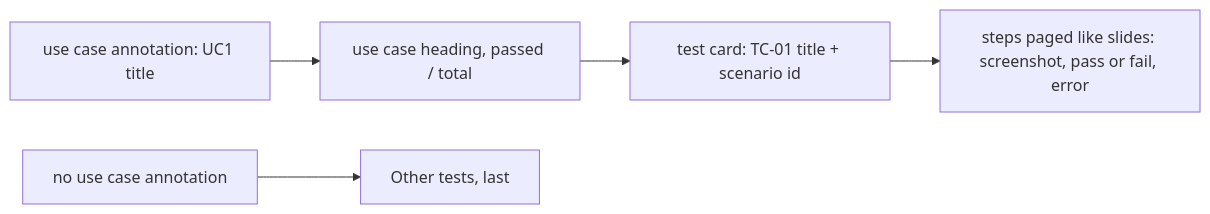
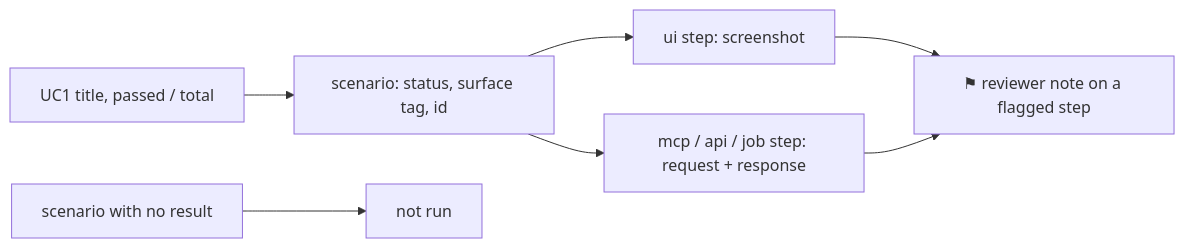
One commit to naphatwx/naphatwx-tools changed the third of 3 diagrams in plugins/naphatwx-tools/skills/e2e-test/README.md. Above: the diagram before and after it, drawn with Mermaid. The commit also changed other lines of this file and 66 other files, not shown here.

````diff
--- a/plugins/naphatwx-tools/skills/e2e-test/README.md
+++ b/plugins/naphatwx-tools/skills/e2e-test/README.md
@@ -61,7 +78,9 @@
 ```mermaid
 graph LR
-    A["use case annotation: UC1 title"] --> U[use case heading, passed / total]
-    U --> T["test card: TC-01 title + scenario id"]
-    T --> S["steps paged like slides: screenshot, pass or fail, error"]
-    N[no use case annotation] --> O[Other tests, last]
+    U["UC1 title, passed / total"] --> T["scenario: status, surface tag, id"]
+    T --> S1["ui step: screenshot"]
+    T --> S2["mcp / api / job step: request + response"]
+    S1 --> F["⚑ reviewer note on a flagged step"]
+    S2 --> F
+    N[scenario with no result] --> NR[not run]
 ```
````
